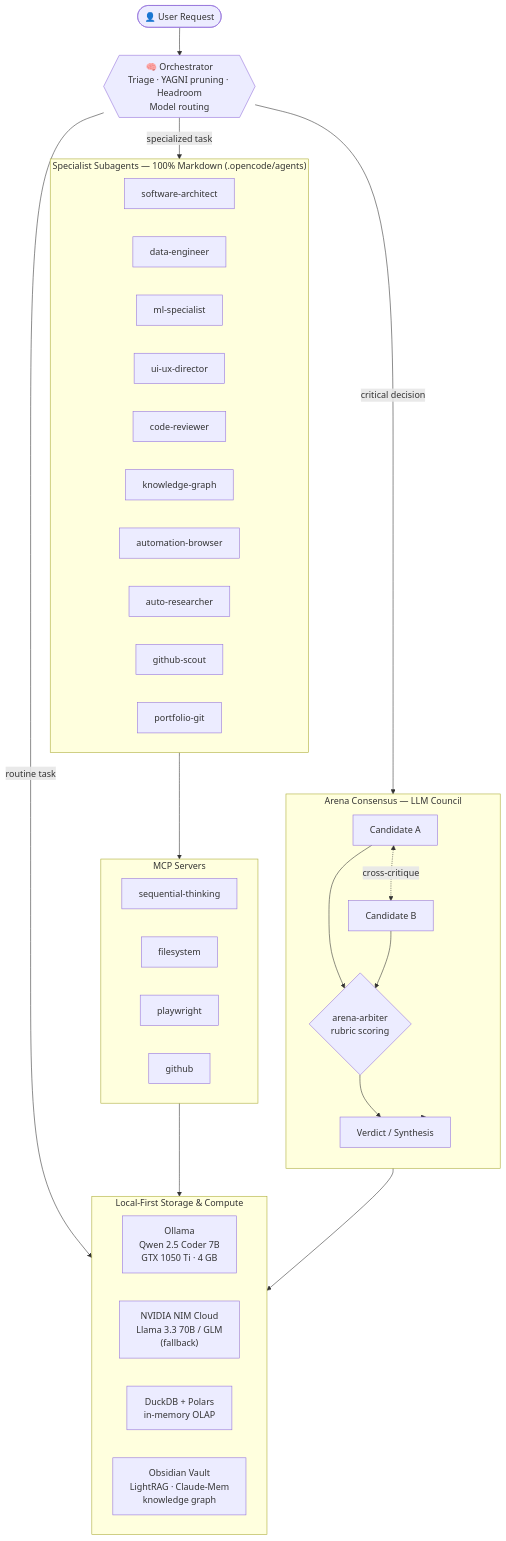
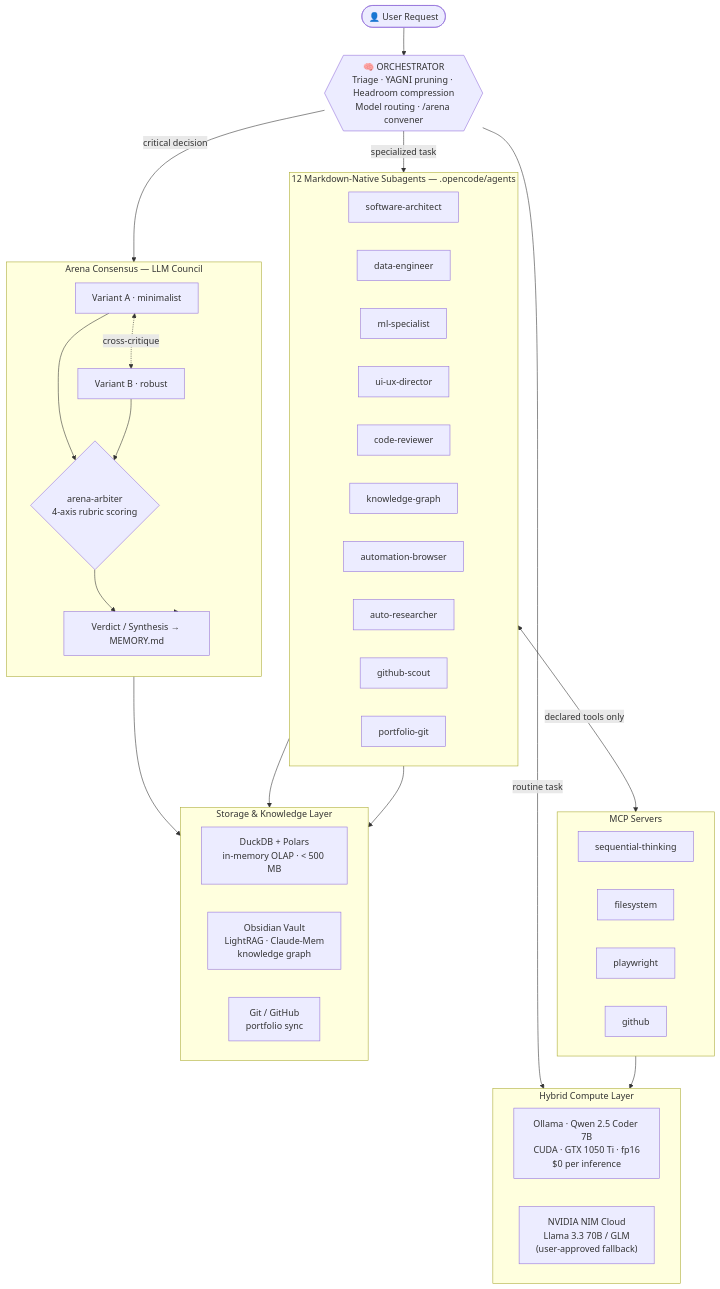
The diagram in README.md (AFelipeRD/AI_Nexus_Core), drawn with Mermaid before and after one commit. The commit also changed other lines of this file and 9 other files, not shown here.

Commit message:
feat(core): release autonomous multi-model agentic ecosystem with GPU acceleration and arena consensus

````diff
--- a/README.md
+++ b/README.md
@@ -49,52 +52,59 @@
 ```mermaid
 flowchart TB
     U([👤 User Request]) --> ORC
 
-    ORC{{"🧠 Orchestrator<br/>Triage · YAGNI pruning · Headroom<br/>Model routing"}}
+    ORC{{"🧠 ORCHESTRATOR<br/>Triage · YAGNI pruning · Headroom compression<br/>Model routing · /arena convener"}}
 
-    subgraph SQUAD ["Specialist Subagents — 100% Markdown (.opencode/agents)"]
+    subgraph SQUAD ["12 Markdown-Native Subagents — .opencode/agents"]
         direction LR
         SA["software-architect"]
         DE["data-engineer"]
         ML["ml-specialist"]
         UI["ui-ux-director"]
         SEC["code-reviewer"]
         KG["knowledge-graph"]
         AB["automation-browser"]
         AR["auto-researcher"]
         GS["github-scout"]
         PG["portfolio-git"]
     end
 
     subgraph ARENA ["Arena Consensus — LLM Council"]
         direction TB
-        CA["Candidate A"] <-.cross-critique.-> CB["Candidate B"]
-        CA --> ARB{"arena-arbiter<br/>rubric scoring"}
+        CA["Variant A · minimalist"] <-.cross-critique.-> CB["Variant B · robust"]
+        CA --> ARB{"arena-arbiter<br/>4-axis rubric scoring"}
         CB --> ARB
-        ARB --> V["Verdict / Synthesis"]
+        ARB --> V["Verdict / Synthesis → MEMORY.md"]
     end
 
     subgraph MCP ["MCP Servers"]
         direction LR
         ST["sequential-thinking"]
         FS["filesystem"]
         PW["playwright"]
         GH["github"]
     end
 
-    subgraph LOCAL ["Local-First Storage & Compute"]
+    subgraph COMPUTE ["Hybrid Compute Layer"]
         direction LR
-        OLL["Ollama<br/>Qwen 2.5 Coder 7B<br/>GTX 1050 Ti · 4 GB"]
-        NIM["NVIDIA NIM Cloud<br/>Llama 3.3 70B / GLM<br/>(fallback)"]
-        DUCK["DuckDB + Polars<br/>in-memory OLAP"]
+        OLL["Ollama · Qwen 2.5 Coder 7B<br/>CUDA · GTX 1050 Ti · fp16<br/>$0 per inference"]
+        NIM["NVIDIA NIM Cloud<br/>Llama 3.3 70B / GLM<br/>(user-approved fallback)"]
+    end
+
+    subgraph STORAGE ["Storage & Knowledge Layer"]
+        direction LR
+        DUCK["DuckDB + Polars<br/>in-memory OLAP · < 500 MB"]
         OBS["Obsidian Vault<br/>LightRAG · Claude-Mem<br/>knowledge graph"]
+        GIT["Git / GitHub<br/>portfolio sync"]
     end
 
     ORC -->|"routine task"| OLL
     ORC -->|"specialized task"| SQUAD
     ORC -->|"critical decision"| ARENA
-    SQUAD --> MCP
+    SQUAD <-->|"declared tools only"| MCP
+    MCP --> COMPUTE
+    SQUAD --> STORAGE
     ARENA --> V
-    MCP --> LOCAL
     V --> OBS
+    PG --> GIT
 ```
````
